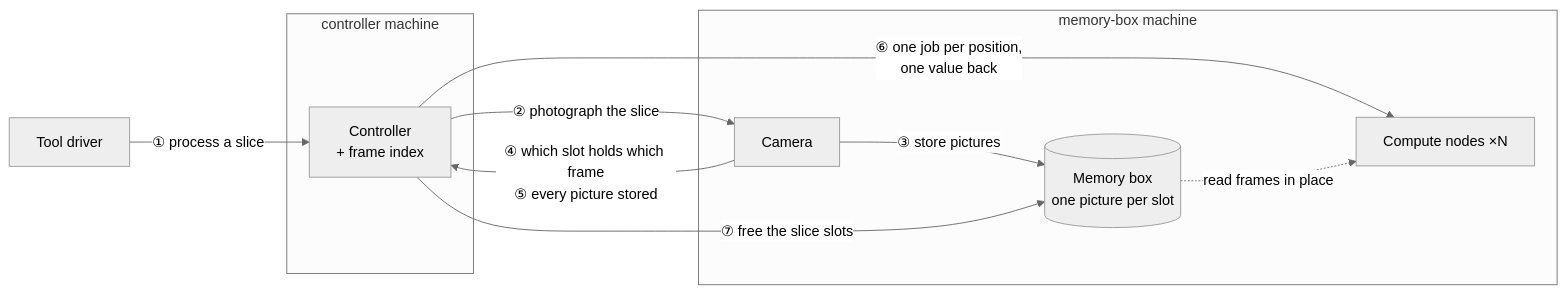
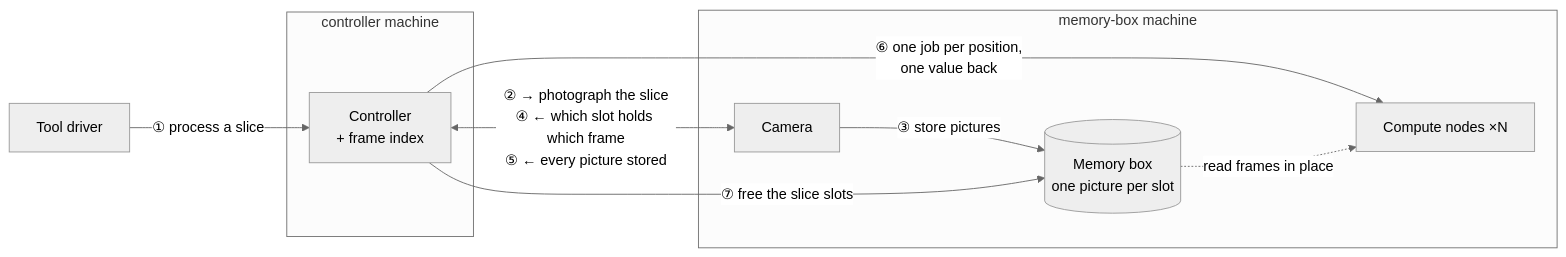
The diagram in README.md (erancha/algorithm-controller), drawn with Mermaid (neutral theme) before and after one commit. The commit also changed other lines of this file, not shown here.

Commit message:
Draw the controller–camera exchange as one two-way edge so each step's label is unambiguous
Steps ② and ④⑤ were two parallel edges between the controller and the camera, running in
opposite directions. The renderer placed their labels side by side, so a reader could not tell
which line ④ and ⑤ belonged to.

Now one two-way edge carries all three steps in a single label, each marked → (to the camera)
or ← (back to the controller), and the line under the diagram explains the arrows.

````diff
--- a/README.md
+++ b/README.md
@@ -40,18 +40,17 @@
 ```mermaid
 flowchart LR
     DRV[Tool driver] -->|① process a slice| CTRL
     subgraph CM[controller machine]
         CTRL[Controller<br/>+ frame index]
     end
     subgraph MM[memory-box machine]
         CAM[Camera]
         MB[(Memory box<br/>one picture per slot)]
         CN[Compute nodes ×N]
     end
-    CTRL -->|② photograph the slice| CAM
+    CTRL <-->|"② → photograph the slice<br/>④ ← which slot holds which frame<br/>⑤ ← every picture stored"| CAM
     CAM -->|③ store pictures| MB
-    CAM -->|④ which slot holds which frame<br/>⑤ every picture stored| CTRL
     CTRL -->|⑥ one job per position,<br/>one value back| CN
     MB -.->|read frames in place| CN
     CTRL -->|⑦ free the slice slots| MB
 ```
````
